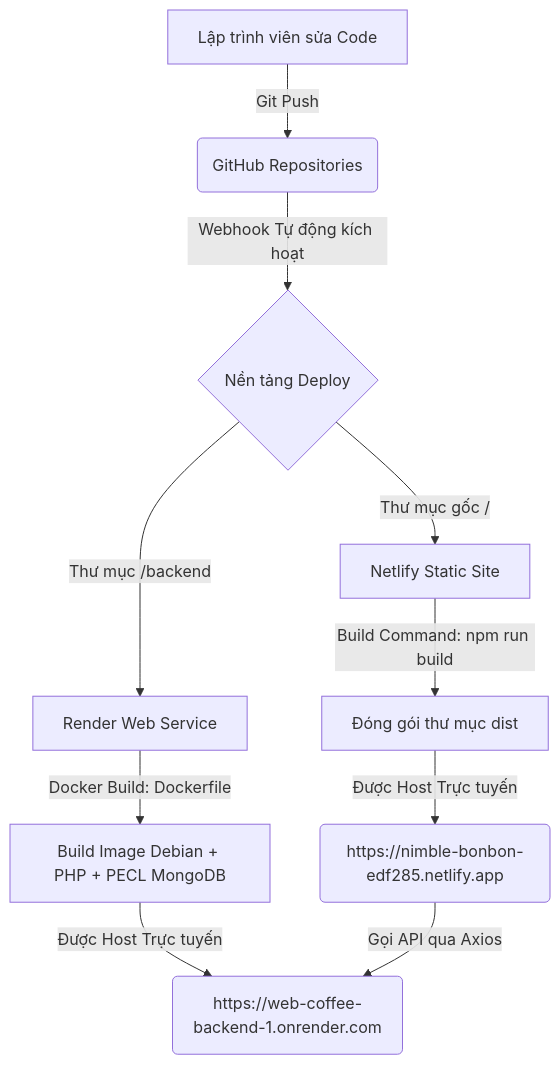
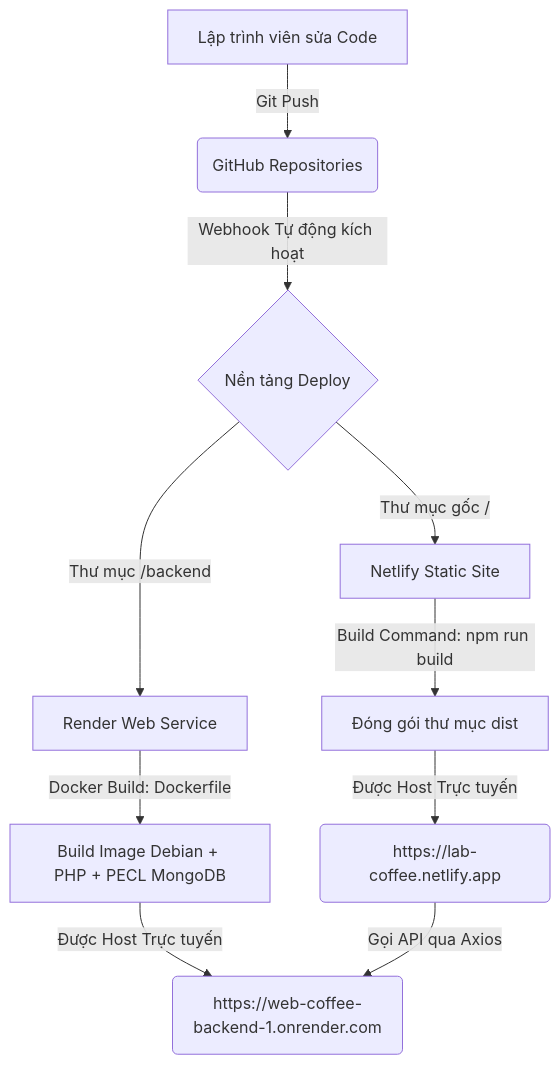
One commit to hieu990/web_coffee_frontend_admin changed the diagram in project_documentation.md. Above: the diagram before and after it, drawn with Mermaid. The commit also changed other lines of this file, not shown here.

````diff
--- a/project_documentation.md
+++ b/project_documentation.md
@@ -73,17 +130,17 @@
 ```mermaid
 graph TD
     A[Lập trình viên sửa Code] -->|Git Push| B(GitHub Repositories)
     
     B -->|Webhook Tự động kích hoạt| C{Nền tảng Deploy}
     
     C -->|Thư mục gốc /| D[Netlify Static Site]
     C -->|Thư mục /backend| E[Render Web Service]
     
     D -->|Build Command: npm run build| F[Đóng gói thư mục dist]
     E -->|Docker Build: Dockerfile| G[Build Image Debian + PHP + PECL MongoDB]
     
-    F -->|Được Host Trực tuyến| H(https://nimble-bonbon-edf285.netlify.app)
+    F -->|Được Host Trực tuyến| H(https://lab-coffee.netlify.app)
     G -->|Được Host Trực tuyến| I(https://web-coffee-backend-1.onrender.com)
     
     H -->|Gọi API qua Axios| I
 ```
````
